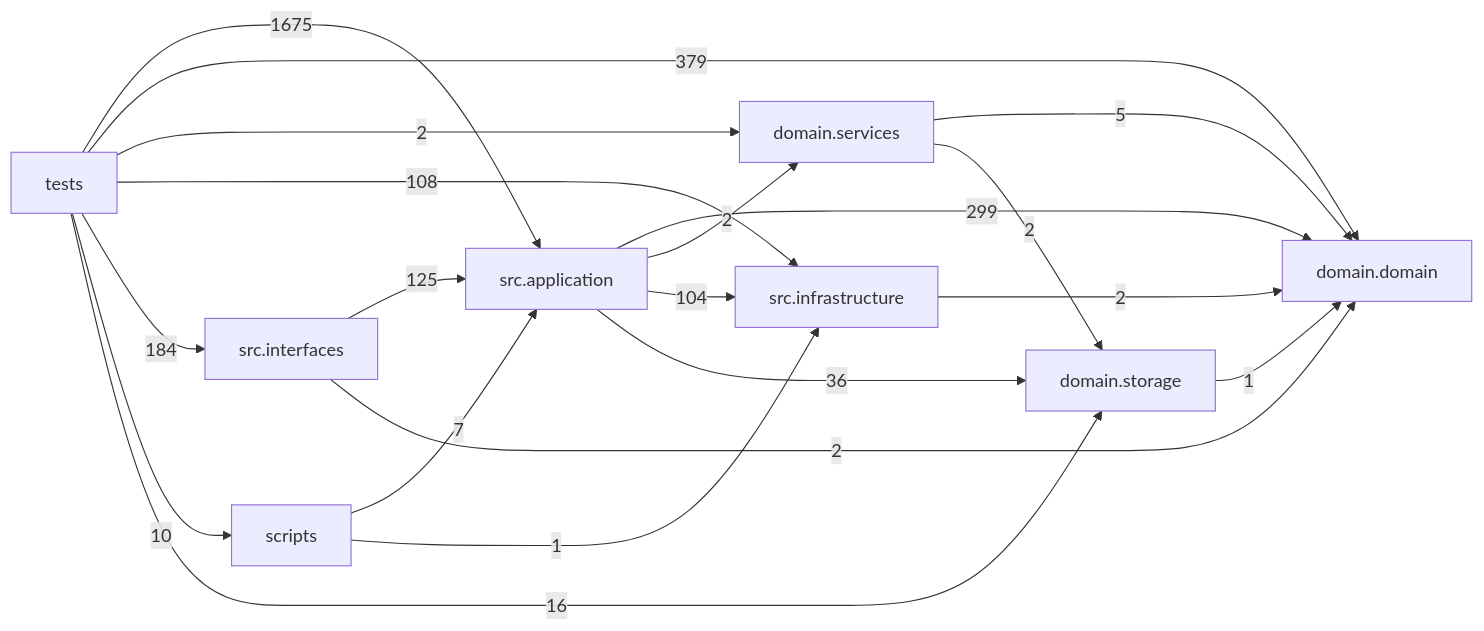
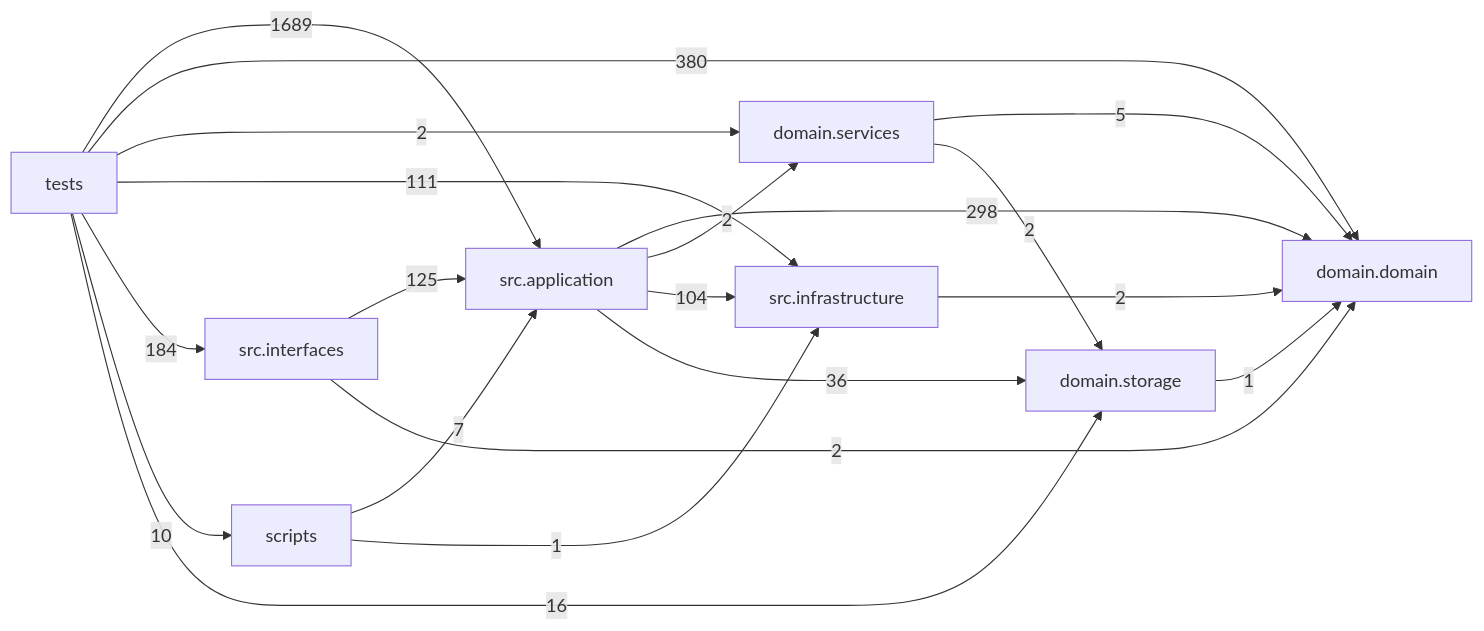
Before and after one commit to liuxie066/options-monitor: the diagram in docs/DEPENDENCY_GRAPH.md, drawn with Mermaid. The commit also changed other lines of this file and 3 other files, not shown here.

````diff
--- a/docs/DEPENDENCY_GRAPH.md
+++ b/docs/DEPENDENCY_GRAPH.md
@@ -24,30 +24,30 @@
 ```mermaid
 flowchart LR
   tests["tests"]
   scripts["scripts"]
   interfaces["src.interfaces"]
   application["src.application"]
   infrastructure["src.infrastructure"]
   domain_services["domain.services"]
   domain["domain.domain"]
   storage["domain.storage"]
-  application -->|299| domain
+  application -->|298| domain
   application -->|2| domain_services
   application -->|104| infrastructure
   application -->|36| storage
   domain_services -->|5| domain
   domain_services -->|2| storage
   infrastructure -->|2| domain
   interfaces -->|125| application
   interfaces -->|2| domain
   scripts -->|7| application
   scripts -->|1| infrastructure
   storage -->|1| domain
-  tests -->|1675| application
-  tests -->|379| domain
+  tests -->|1689| application
+  tests -->|380| domain
   tests -->|2| domain_services
-  tests -->|108| infrastructure
+  tests -->|111| infrastructure
   tests -->|184| interfaces
   tests -->|10| scripts
   tests -->|16| storage
 ```
````
